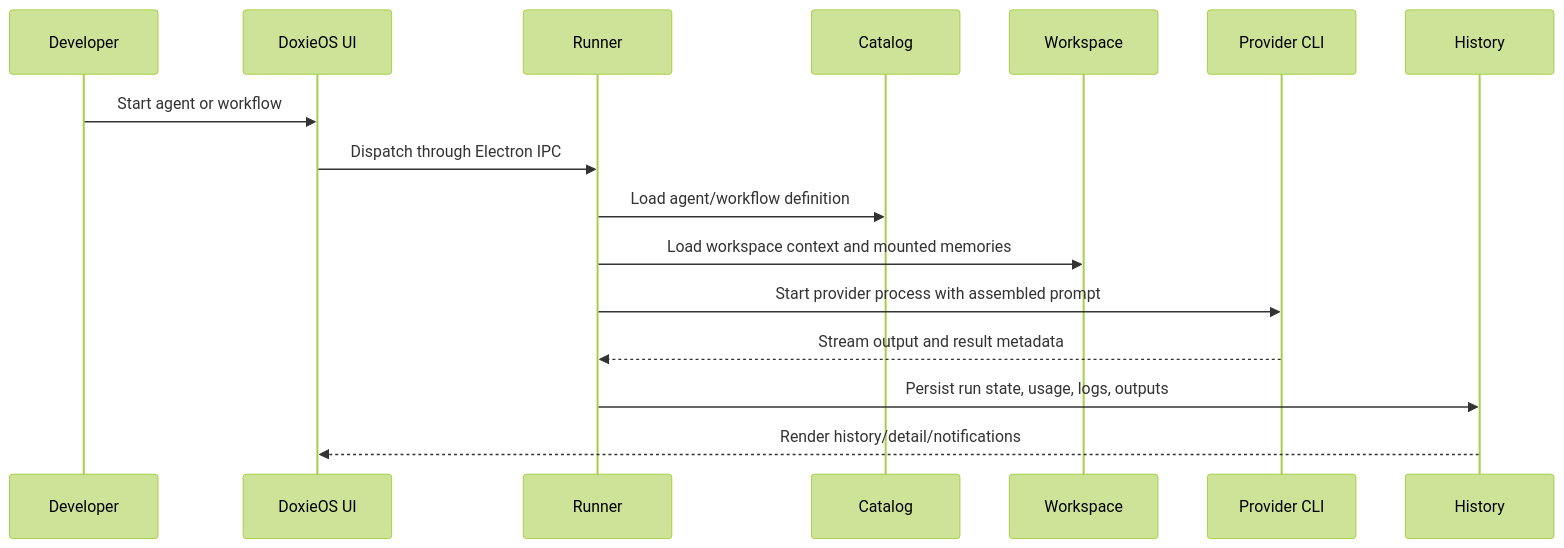
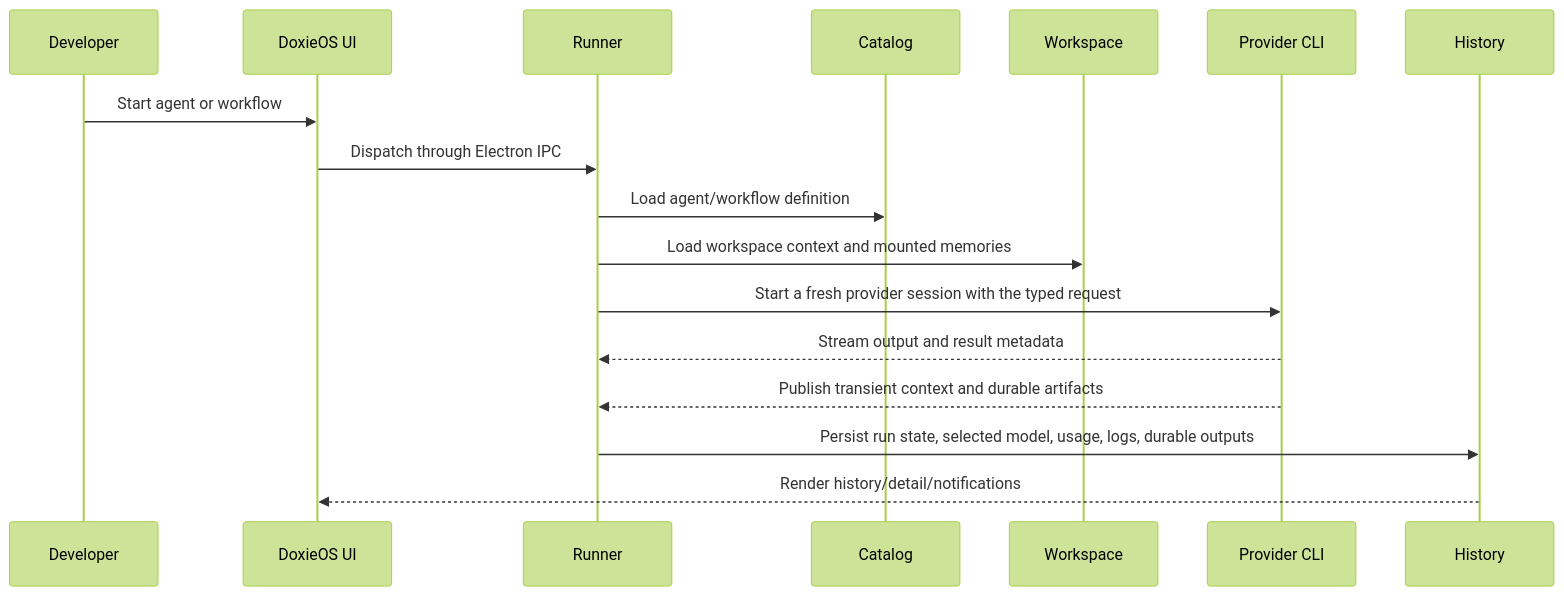
One commit to viamus/DoxieOS changed the second of 5 diagrams in docs/architecture.md. Above: the diagram before and after it, drawn with Mermaid (forest theme). The commit also changed other lines of this file and 85 other files, not shown here.

Commit message:
Separate native tools and pass transient context between agents

````diff
--- a/docs/architecture.md
+++ b/docs/architecture.md
@@ -41,19 +41,20 @@
 ```mermaid
 sequenceDiagram
     participant U as Developer
     participant UI as DoxieOS UI
     participant R as Runner
     participant C as Catalog
     participant W as Workspace
     participant P as Provider CLI
     participant H as History
 
     U->>UI: Start agent or workflow
     UI->>R: Dispatch through Electron IPC
     R->>C: Load agent/workflow definition
     R->>W: Load workspace context and mounted memories
-    R->>P: Start provider process with assembled prompt
+    R->>P: Start a fresh provider session with the typed request
     P-->>R: Stream output and result metadata
-    R->>H: Persist run state, usage, logs, outputs
+    P-->>R: Publish transient context and durable artifacts
+    R->>H: Persist run state, selected model, usage, logs, durable outputs
     H-->>UI: Render history/detail/notifications
 ```
````
